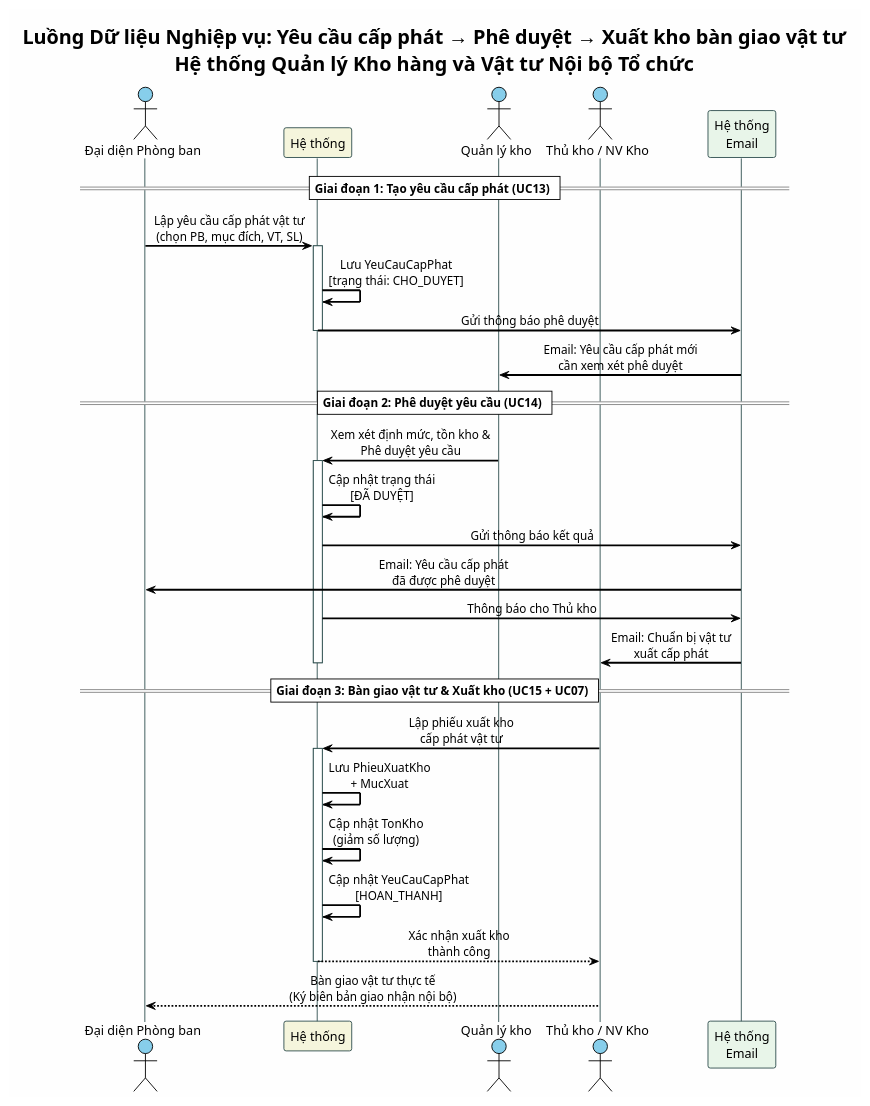
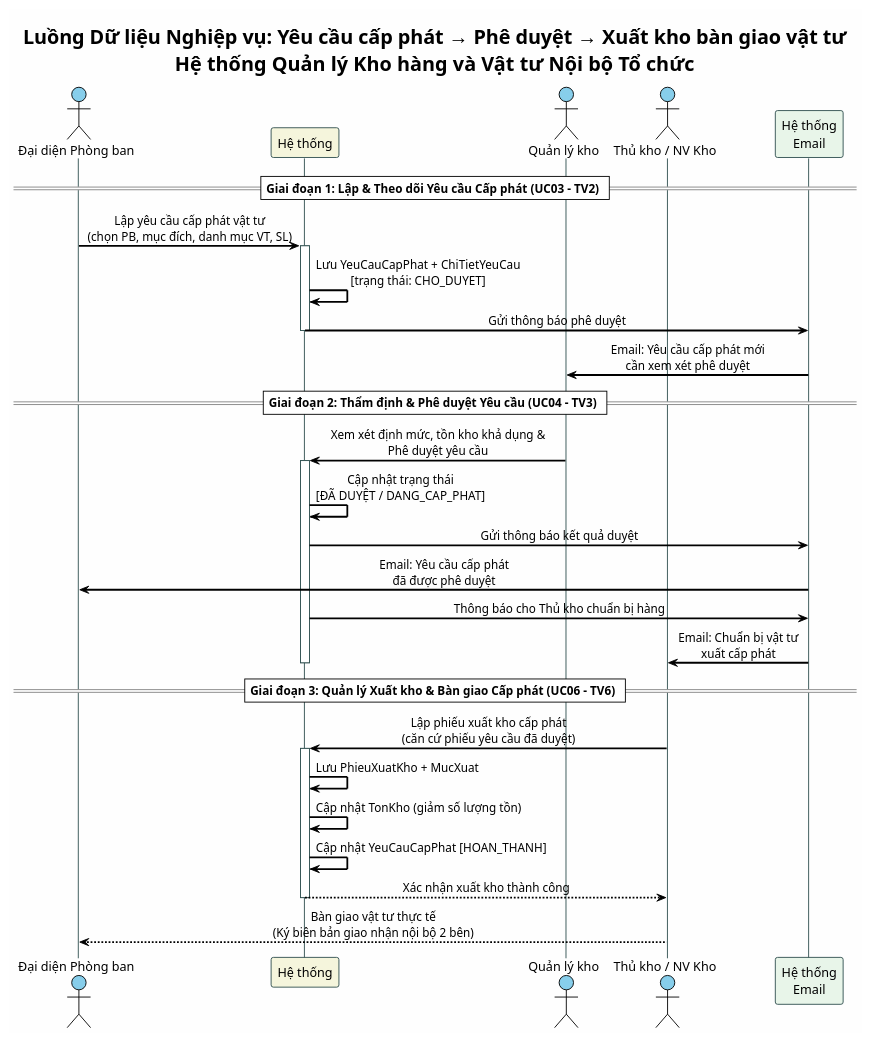
The diagram in BTL-QuanLyKhoHang/plantuml/functional-model-flow-mua-nhap.puml (vuhoabinh2416137/G8_Quanlysanphamvakhohang), drawn with PlantUML before and after one commit. The commit also changed 18 other files, not shown here.

Commit message:
feat(model): Chuan hoa 07 Use Case cot loi can bang 1-1 cho 7 thanh vien, cap nhat UCP 82.76, BFD, specs va diagrams

```diff
--- a/BTL-QuanLyKhoHang/plantuml/functional-model-flow-mua-nhap.puml
+++ b/BTL-QuanLyKhoHang/plantuml/functional-model-flow-mua-nhap.puml
@@ -1,50 +1,50 @@
 @startuml functional-model-flow-mua-nhap
 !theme plain
 skinparam defaultFontName "Arial"
 skinparam backgroundColor #FEFEFE
 skinparam sequenceArrowThickness 2
 skinparam sequenceParticipantBorderColor #2F4F4F
 skinparam sequenceLifeLineBorderColor #2F4F4F
 skinparam sequenceMessageAlign center
 
 title Luồng Dữ liệu Nghiệp vụ: Yêu cầu cấp phát → Phê duyệt → Xuất kho bàn giao vật tư\nHệ thống Quản lý Kho hàng và Vật tư Nội bộ Tổ chức
 
 actor "Đại diện Phòng ban" as PB #87CEEB
 participant "Hệ thống" as HT #F5F5DC
 actor "Quản lý kho" as QLK #87CEEB
 actor "Thủ kho / NV Kho" as NV_K #87CEEB
 participant "Hệ thống\nEmail" as EMAIL #E8F5E9
 
-== Giai đoạn 1: Tạo yêu cầu cấp phát (UC13) ==
+== Giai đoạn 1: Lập & Theo dõi Yêu cầu Cấp phát (UC03 - TV2) ==
 
-PB -> HT : Lập yêu cầu cấp phát vật tư\n(chọn PB, mục đích, VT, SL)
+PB -> HT : Lập yêu cầu cấp phát vật tư\n(chọn PB, mục đích, danh mục VT, SL)
 activate HT
-HT -> HT : Lưu YeuCauCapPhat\n[trạng thái: CHO_DUYET]
+HT -> HT : Lưu YeuCauCapPhat + ChiTietYeuCau\n[trạng thái: CHO_DUYET]
 HT -> EMAIL : Gửi thông báo phê duyệt
 deactivate HT
 EMAIL -> QLK : Email: Yêu cầu cấp phát mới\ncần xem xét phê duyệt
 
-== Giai đoạn 2: Phê duyệt yêu cầu (UC14) ==
+== Giai đoạn 2: Thẩm định & Phê duyệt Yêu cầu (UC04 - TV3) ==
 
-QLK -> HT : Xem xét định mức, tồn kho &\nPhê duyệt yêu cầu
+QLK -> HT : Xem xét định mức, tồn kho khả dụng &\nPhê duyệt yêu cầu
 activate HT
-HT -> HT : Cập nhật trạng thái\n[ĐÃ DUYỆT]
-HT -> EMAIL : Gửi thông báo kết quả
+HT -> HT : Cập nhật trạng thái\n[ĐÃ DUYỆT / DANG_CAP_PHAT]
+HT -> EMAIL : Gửi thông báo kết quả duyệt
 EMAIL -> PB : Email: Yêu cầu cấp phát\nđã được phê duyệt
-HT -> EMAIL : Thông báo cho Thủ kho
+HT -> EMAIL : Thông báo cho Thủ kho chuẩn bị hàng
 EMAIL -> NV_K : Email: Chuẩn bị vật tư\nxuất cấp phát
 deactivate HT
 
-== Giai đoạn 3: Bàn giao vật tư & Xuất kho (UC15 + UC07) ==
+== Giai đoạn 3: Quản lý Xuất kho & Bàn giao Cấp phát (UC06 - TV6) ==
 
-NV_K -> HT : Lập phiếu xuất kho\ncấp phát vật tư
+NV_K -> HT : Lập phiếu xuất kho cấp phát\n(căn cứ phiếu yêu cầu đã duyệt)
 activate HT
-HT -> HT : Lưu PhieuXuatKho\n+ MucXuat
-HT -> HT : Cập nhật TonKho\n(giảm số lượng)
-HT -> HT : Cập nhật YeuCauCapPhat\n[HOAN_THANH]
-HT --> NV_K : Xác nhận xuất kho\nthành công
+HT -> HT : Lưu PhieuXuatKho + MucXuat
+HT -> HT : Cập nhật TonKho (giảm số lượng tồn)
+HT -> HT : Cập nhật YeuCauCapPhat [HOAN_THANH]
+HT --> NV_K : Xác nhận xuất kho thành công
 deactivate HT
 
-NV_K --> PB : Bàn giao vật tư thực tế\n(Ký biên bản giao nhận nội bộ)
+NV_K --> PB : Bàn giao vật tư thực tế\n(Ký biên bản giao nhận nội bộ 2 bên)
 
 @enduml
```
